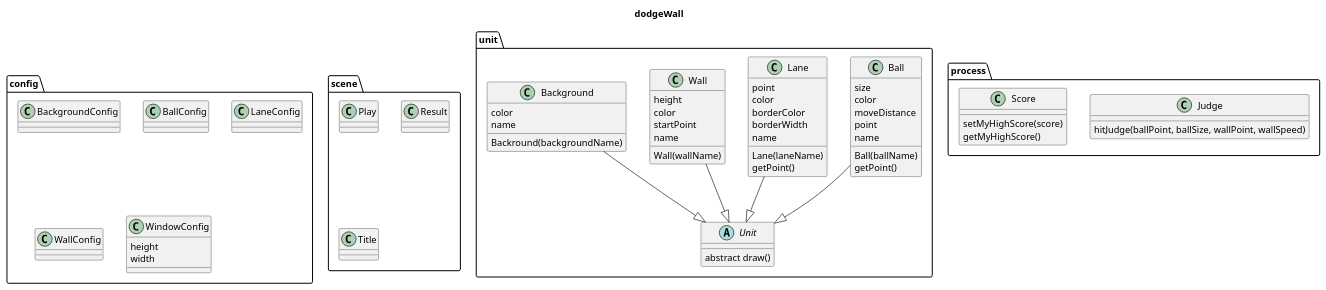
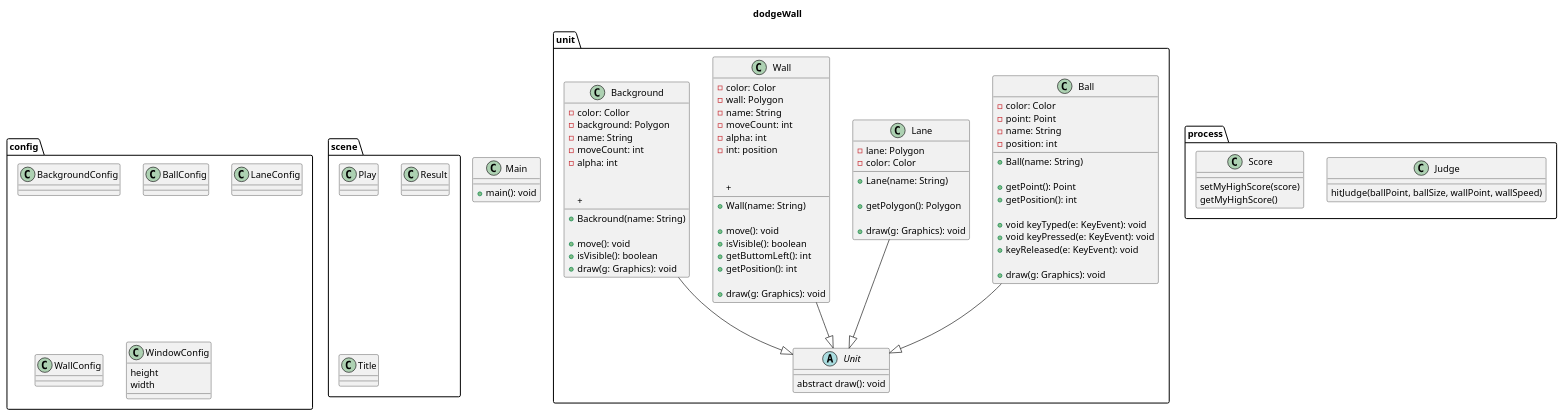
One commit to tokutatsu/DodgeWall changed the diagram in documents/uml/class/class.pu. Above: the diagram before and after it, drawn with PlantUML. The commit also changed 1 other file, not shown here.

Commit message:
unitパッケージのクラス図を作成した(仮実装) #3

```diff
--- a/documents/uml/class/class.pu
+++ b/documents/uml/class/class.pu
@@ -1,100 +1,130 @@
 @startuml class
 title dodgeWall
 
 package unit {
     abstract Unit {
-        abstract draw()
+        abstract draw(): void
     }
 
     class Ball {
-        size
-        color
-        moveDistance
-        point
-        name
+        - color: Color
+        - point: Point
+        - name: String
+        - position: int
 
-        Ball(ballName)
-        getPoint()
+        + Ball(name: String)
+
+        + getPoint(): Point
+        + getPosition(): int
+
+        + void keyTyped(e: KeyEvent): void
+        + void keyPressed(e: KeyEvent): void
+        + keyReleased(e: KeyEvent): void
+
+        + draw(g: Graphics): void
     }
 
     class Lane {
-        point
-        color
-        borderColor
-        borderWidth
-        name
+        - lane: Polygon
+        - color: Color
 
-        Lane(laneName)
-        getPoint()
+        + Lane(name: String)
+
+        + getPolygon(): Polygon
+
+        + draw(g: Graphics): void
     }
 
     class Wall {
-        height
-        color
-        startPoint
-        name
+        - color: Color
+        - wall: Polygon
+        - name: String
+        - moveCount: int
+        - alpha: int
+        - int: position
 
-        Wall(wallName)
+        + Wall(name: String)
+
+        + move(): void
+        + isVisible(): boolean
+        + 
+        + getButtomLeft(): int
+        + getPosition(): int
+
+        + draw(g: Graphics): void
     }
 
     class Background {
-        color
-        name
+        - color: Collor
+        - background: Polygon
+        - name: String
+        - moveCount: int
+        - alpha: int
 
-        Backround(backgroundName)
+        + Backround(name: String)
+
+        + move(): void
+        + isVisible(): boolean
+        +
+
+        + draw(g: Graphics): void
     }
 }
 
 package config {
     class BackgroundConfig {
     }
     
     class BallConfig {
 
     }
 
     class LaneConfig {
 
     }
 
     class WallConfig {
 
     }
 
     class WindowConfig {
         height
         width
     }
 }
 
 package scene {
     class Play {
 
     }
 
     class Result {
 
     }
     
     class Title {
         
     }
 }
 
 package process {
     class Judge {
         hitJudge(ballPoint, ballSize, wallPoint, wallSpeed)
     }
 
     class Score {
         setMyHighScore(score)
         getMyHighScore()
     }
 }
 
+class Main {
+    + main(): void
+}
+
 Ball --|> Unit
 Wall --|> Unit
 Lane --|> Unit
 Background --|> Unit
 
 @enduml
```
